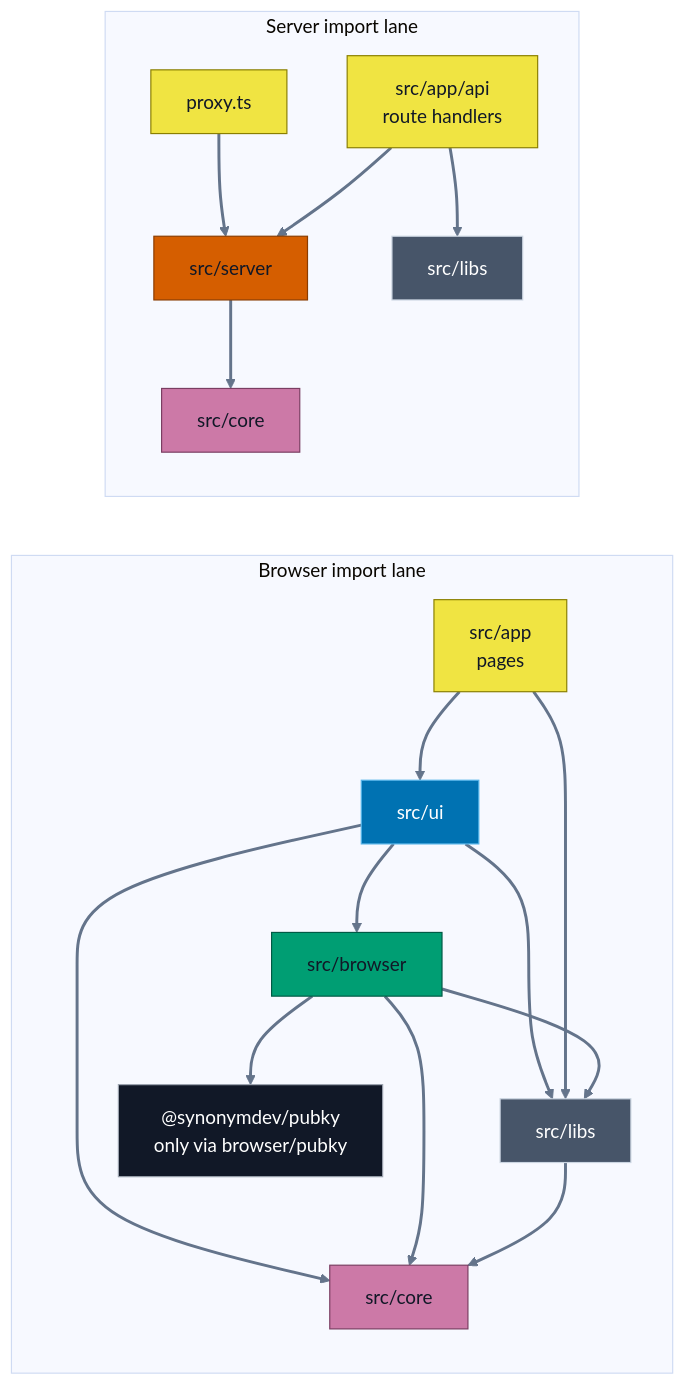
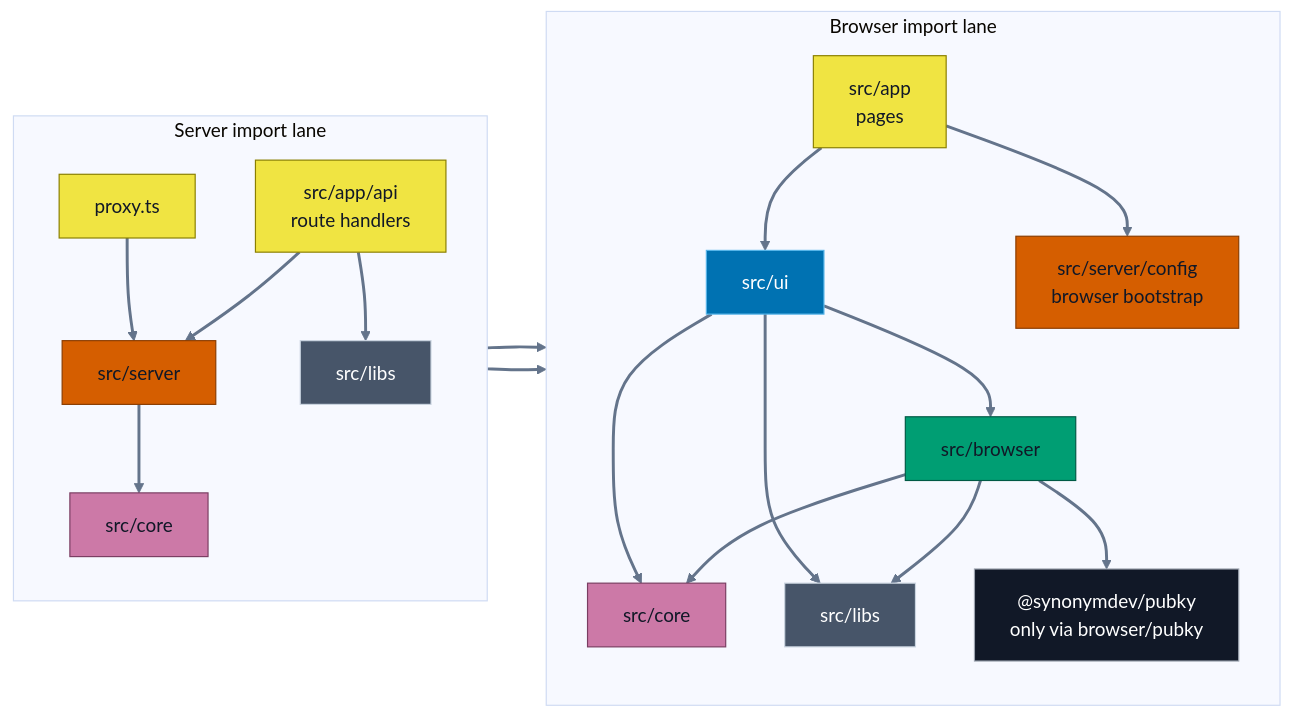
The second of 14 diagrams in FLOWS.md (pubky/pubky-passport), drawn with Mermaid (base theme) before and after one commit. The commit also changed other lines of this file and 46 other files, not shown here.

Commit message:
refactor: centralize browser bootstrap config

````diff
--- a/FLOWS.md
+++ b/FLOWS.md
@@ -41,33 +41,34 @@
 ```mermaid
 flowchart LR
     accTitle: Current production import boundaries
     accDescr: Direct imports from app pages and route handlers into UI, browser, server, core, libraries, and the Pubky SDK adapter.
     subgraph browserLane[Browser import lane]
         direction TB
         pages["src/app<br/>pages"]:::transport --> ui["src/ui"]:::ui --> browser["src/browser"]:::browser
+        pages --> bootstrap["src/server/config<br/>browser bootstrap"]:::server
         ui --> browserCore["src/core"]:::core
         ui --> browserLibs["src/libs"]:::libs
-        pages --> browserLibs
         browser --> browserCore
         browser --> browserLibs
-        browserLibs --> browserCore
         browser --> sdk["@synonymdev/pubky<br/>only via browser/pubky"]:::external
     end
 
     subgraph serverLane[Server import lane]
         direction TB
         routes["src/app/api<br/>route handlers"]:::transport --> server["src/server"]:::server
         proxy["proxy.ts"]:::transport --> server
+        proxy --> bootstrap
+        server --> bootstrap
         routes --> serverLibs["src/libs"]:::libs
         server --> serverCore["src/core"]:::core
     end
 
     classDef transport fill:#F0E442,stroke:#8A7F00,color:#111827;
     classDef ui fill:#0072B2,stroke:#56B4E9,color:#fff;
     classDef browser fill:#009E73,stroke:#005A45,color:#111827;
     classDef server fill:#D55E00,stroke:#8A3C00,color:#111827;
     classDef core fill:#CC79A7,stroke:#7A3E62,color:#111827;
     classDef libs fill:#475569,stroke:#cbd5e1,color:#fff;
     classDef external fill:#111827,stroke:#9ca3af,color:#fff;
     linkStyle default stroke:#64748B,stroke-width:2.5px;
 ```
````
